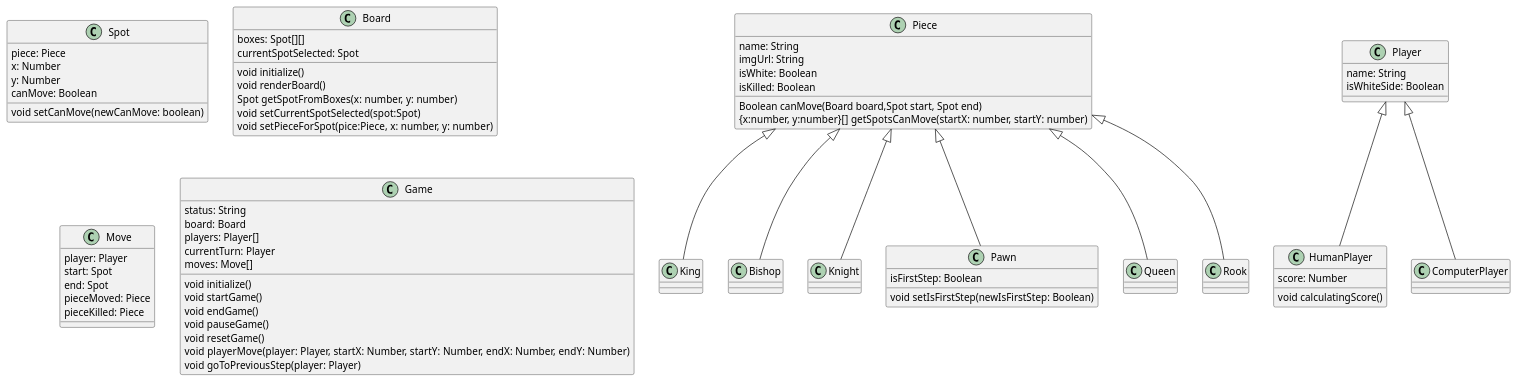
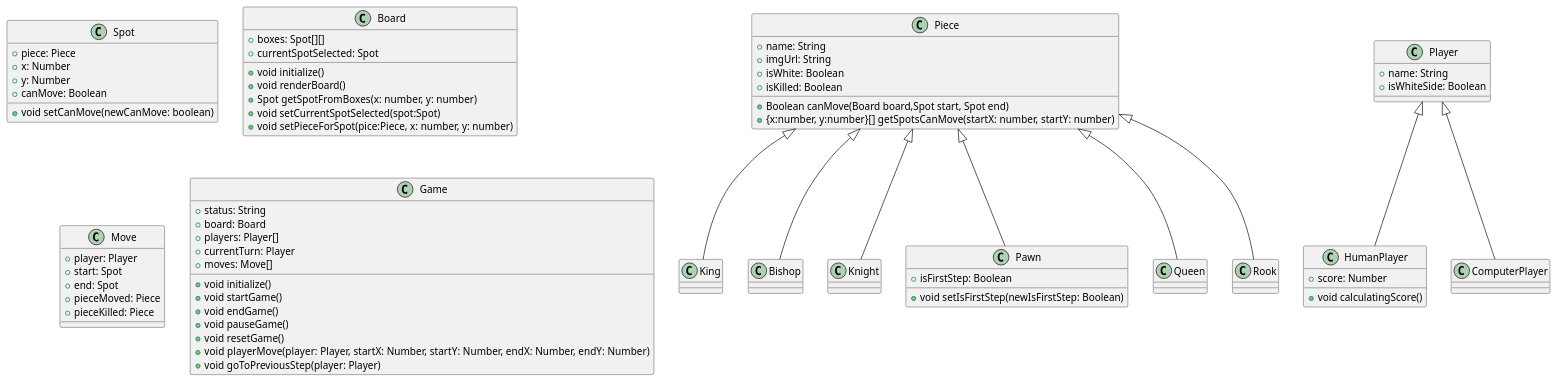
One commit to hoanglt1223/SET2021 changed the diagram in nhom_5/docs/class-diagram.plantuml. Above: the diagram before and after it, drawn with PlantUML.

Commit message:
nhom_5 | add defining visibility for class diagram

```diff
--- a/nhom_5/docs/class-diagram.plantuml
+++ b/nhom_5/docs/class-diagram.plantuml
@@ -1,92 +1,92 @@
 @startuml
 class Spot{
-  piece: Piece
-  x: Number
-  y: Number
-  canMove: Boolean
-  void setCanMove(newCanMove: boolean)
+  + piece: Piece
+  + x: Number
+  + y: Number
+  + canMove: Boolean
+  + void setCanMove(newCanMove: boolean)
 }
 
 class Board{
-  boxes: Spot[][]
-  currentSpotSelected: Spot
+  +boxes: Spot[][]
+  +currentSpotSelected: Spot
 
-  void initialize()
-  void renderBoard()
-  Spot getSpotFromBoxes(x: number, y: number)
-  void setCurrentSpotSelected(spot:Spot)
-  void setPieceForSpot(pice:Piece, x: number, y: number)
+  +void initialize()
+  +void renderBoard()
+  +Spot getSpotFromBoxes(x: number, y: number)
+  +void setCurrentSpotSelected(spot:Spot)
+  +void setPieceForSpot(pice:Piece, x: number, y: number)
 
 }
 
 class Piece{
-  name: String
-  imgUrl: String
-  isWhite: Boolean
-  isKilled: Boolean
-  Boolean canMove(Board board,Spot start, Spot end)
-  {x:number, y:number}[] getSpotsCanMove(startX: number, startY: number)
+  + name: String
+  + imgUrl: String
+  + isWhite: Boolean
+  + isKilled: Boolean
+  + Boolean canMove(Board board,Spot start, Spot end)
+  + {x:number, y:number}[] getSpotsCanMove(startX: number, startY: number)
 }
 
 class Move{
-  player: Player
-  start: Spot
-  end: Spot
-  pieceMoved: Piece
-  pieceKilled: Piece
+  + player: Player
+  + start: Spot
+  + end: Spot
+  + pieceMoved: Piece
+  + pieceKilled: Piece
 }
 
 class Game{
-  status: String
-  board: Board
-  players: Player[]
-  currentTurn: Player
-  moves: Move[]
+  + status: String
+  + board: Board
+  + players: Player[]
+  + currentTurn: Player
+  + moves: Move[]
 
-  void initialize()
-  void startGame()
-  void endGame()
-  void pauseGame()
-  void resetGame()
-  void playerMove(player: Player, startX: Number, startY: Number, endX: Number, endY: Number)
-  void goToPreviousStep(player: Player)
+  + void initialize()
+  + void startGame()
+  + void endGame()
+  + void pauseGame()
+  + void resetGame()
+  + void playerMove(player: Player, startX: Number, startY: Number, endX: Number, endY: Number)
+  + void goToPreviousStep(player: Player)
 }
 
 class Player{
-  name: String
-  isWhiteSide: Boolean
+  + name: String
+  + isWhiteSide: Boolean
 }
 
 class HumanPlayer{
-  score: Number
-  void calculatingScore()
+  + score: Number
+  + void calculatingScore()
 }
 
 class ComputerPlayer{}
 
 
 class King{}
 class Bishop{}
 class Knight{}
 class Pawn{
-  isFirstStep: Boolean
-  void setIsFirstStep(newIsFirstStep: Boolean)
+  + isFirstStep: Boolean
+  + void setIsFirstStep(newIsFirstStep: Boolean)
 }
 class Queen{}
 class Rook{}
 
 
 
 
 
 Piece <|-- King
 Piece <|-- Bishop
 Piece <|-- Knight
 Piece <|-- Pawn
 Piece <|-- Queen
 Piece <|-- Rook
 
 Player <|-- HumanPlayer
 Player <|-- ComputerPlayer
 
 @enduml
```
